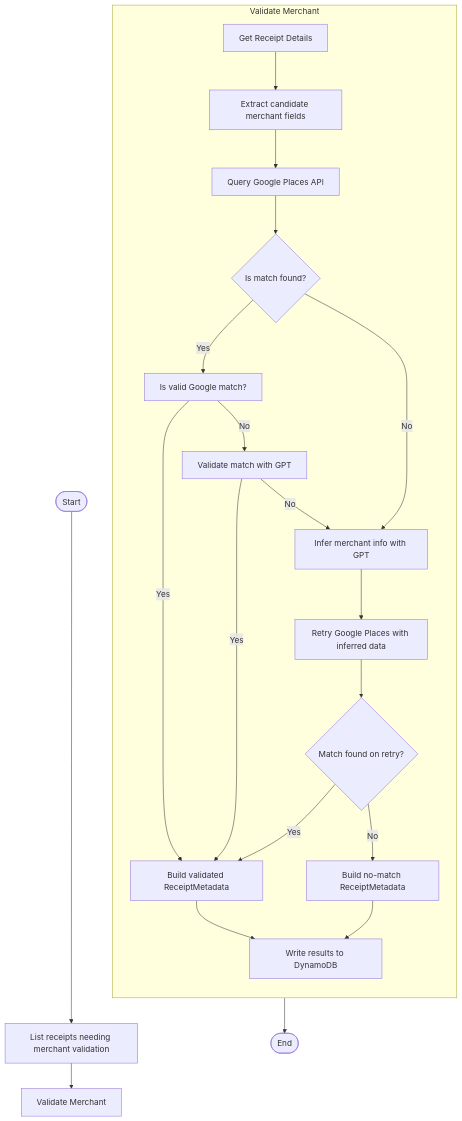
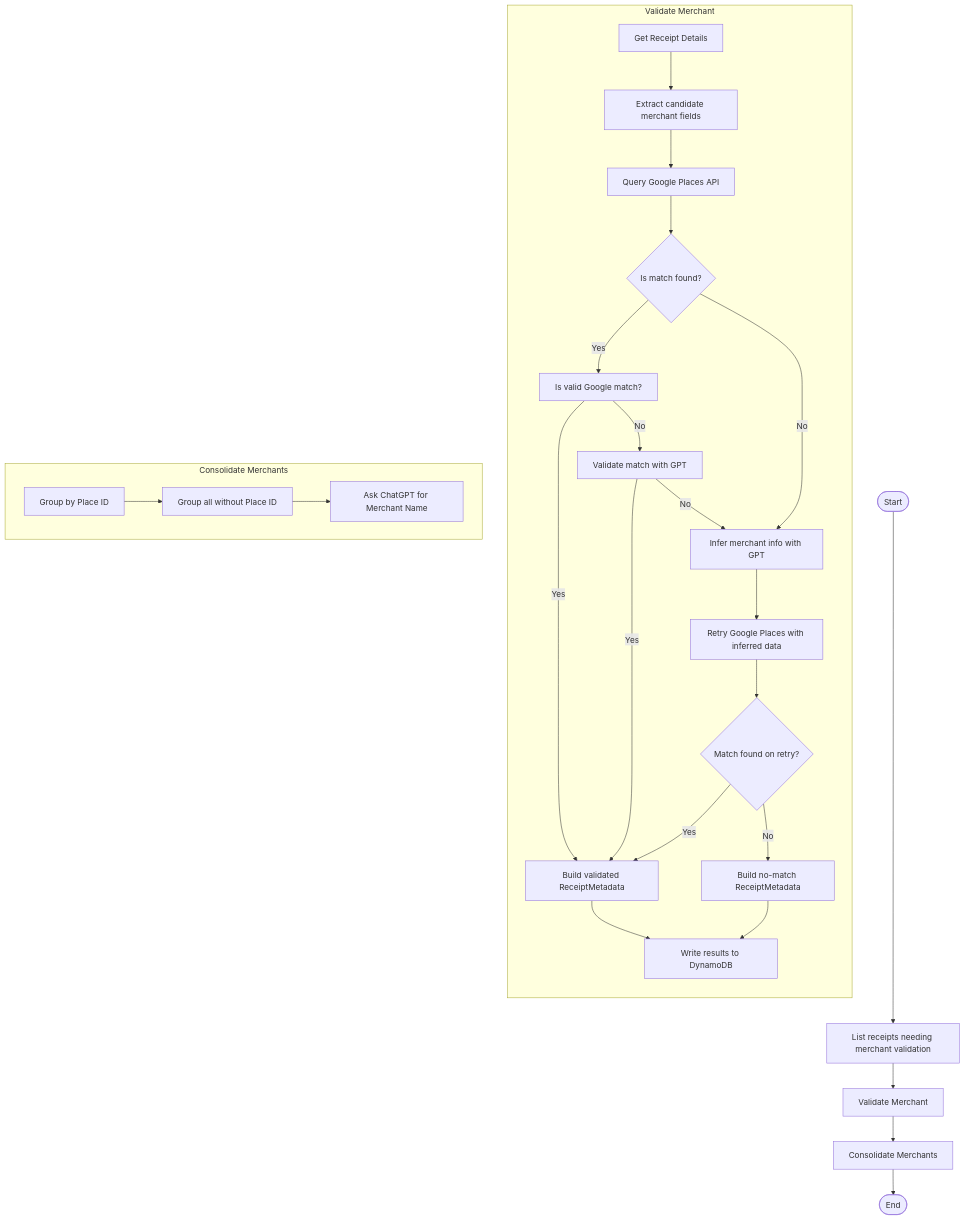
Before and after one commit to tnorlund/Portfolio: the diagram in receipt_label/receipt_label/merchant_validation/README.md, drawn with Mermaid. The commit also changed other lines of this file and 8 other files, not shown here.

First line of the commit message:
🔨 Using Agents to find receipt Metadata

````diff
--- a/receipt_label/receipt_label/merchant_validation/README.md
+++ b/receipt_label/receipt_label/merchant_validation/README.md
@@ -92,28 +102,35 @@
 ```mermaid
 flowchart TD
     Start([Start]) --> list_receipts["List receipts needing merchant validation"]
     list_receipts --> ValidateMerchant["Validate Merchant"]
+    ValidateMerchant --> ConsolidateMerchants["Consolidate Merchants"]
+    ConsolidateMerchants --> End([End])
 
     subgraph "Validate Merchant"
         direction TB
         get_receipt_details["Get Receipt Details"] --> extract_candidate_merchant_fields["Extract candidate merchant fields"]
         extract_candidate_merchant_fields --> query_google_places["Query Google Places API"]
         query_google_places --> IsMatchFound{"Is match found?"}
 
         IsMatchFound -- Yes --> is_valid_google_match["Is valid Google match?"]
         is_valid_google_match -- Yes --> build_receipt_metadata_from_result["Build validated ReceiptMetadata"]
         build_receipt_metadata_from_result --> write_receipt_metadata_to_dynamo["Write results to DynamoDB"]
         is_valid_google_match -- No --> validate_match_with_gpt["Validate match with GPT"]
         validate_match_with_gpt -- Yes --> build_receipt_metadata_from_result
         validate_match_with_gpt -- No --> InferWithGPT["Infer merchant info with GPT"]
 
         IsMatchFound -- No --> InferWithGPT
         InferWithGPT --> retry_google_search_with_inferred_data["Retry Google Places with inferred data"]
         retry_google_search_with_inferred_data --> IsRetryMatchFound{"Match found on retry?"}
         IsRetryMatchFound -- Yes --> build_receipt_metadata_from_result
         IsRetryMatchFound -- No --> build_receipt_metadata_from_result_no_match["Build no-match ReceiptMetadata"]
         build_receipt_metadata_from_result_no_match --> write_receipt_metadata_to_dynamo
     end
 
-    write_receipt_metadata_to_dynamo --> End([End])
+    subgraph "Consolidate Merchants"
+        group_by_place_id["Group by Place ID"] --> group_no_place_ids["Group all without Place ID"]
+        group_no_place_ids --> chatgpt_variant_choice["Ask ChatGPT for Merchant Name"]
+
+    end
+
 ```
````
